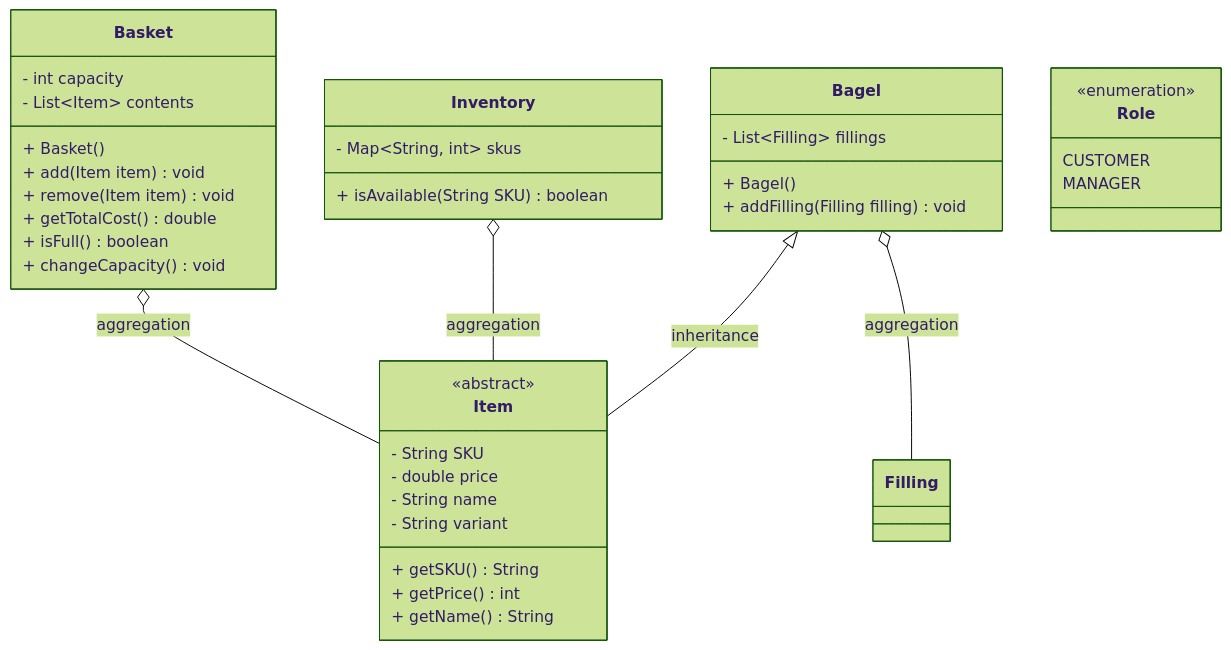
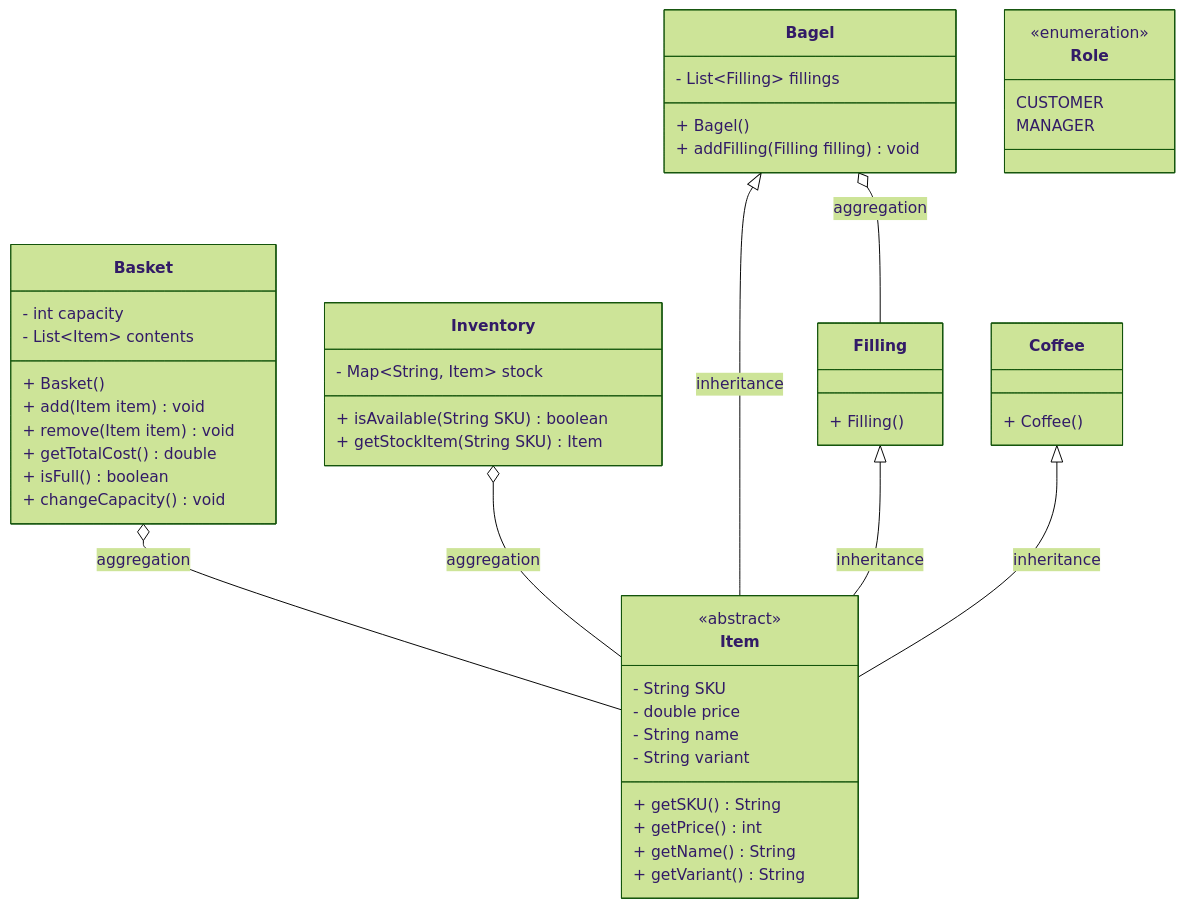
The diagram in Bob's Bagels.md (emmouto/java-tdd-oop-bobs-bagels), drawn with Mermaid (forest theme) before and after one commit. The commit also changed other lines of this file and 4 other files, not shown here.

````diff
--- a/Bob's Bagels.md
+++ b/Bob's Bagels.md
@@ -32,52 +32,60 @@
 ```mermaid
 classDiagram
 
 
 class Basket {
 	- int capacity
 	- List~Item~ contents
 	+ Basket()
 	+ add(Item item) void
 	+ remove (Item item) void
 	+ getTotalCost() double
 	+ isFull() boolean
 	+ changeCapacity() void
 }
 
 class Item  {
 	<<abstract>>
 	- String SKU
 	- double price
 	- String name
 	- String variant
 	+ getSKU() String
 	+ getPrice() int
 	+ getName() String
+	+ getVariant() String
 }
 
 class Bagel {
 	- List~Filling~ fillings
 	+ Bagel()
 	+ addFilling(Filling filling) void
 }
 
 class Filling {
-	
+	+ Filling()
+}
+
+class Coffee {
+	+ Coffee()
 }
 
 class Inventory {
-	- Map~String, int~ skus
+	- Map~String, Item~ stock
 	+ isAvailable(String SKU) boolean
+	+ getStockItem(String SKU) Item
 }
 
 class Role {
 	<<enumeration>>
 	CUSTOMER
 	MANAGER
 }
 
 Basket o-- Item : aggregation
 Bagel o-- Filling : aggregation
 Inventory o-- Item : aggregation
 Bagel <|-- Item : inheritance
+Filling <|-- Item : inheritance
+Coffee <|-- Item : inheritance
 ```
````
